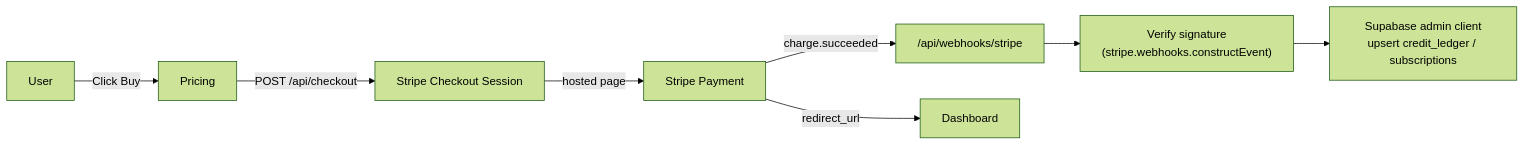
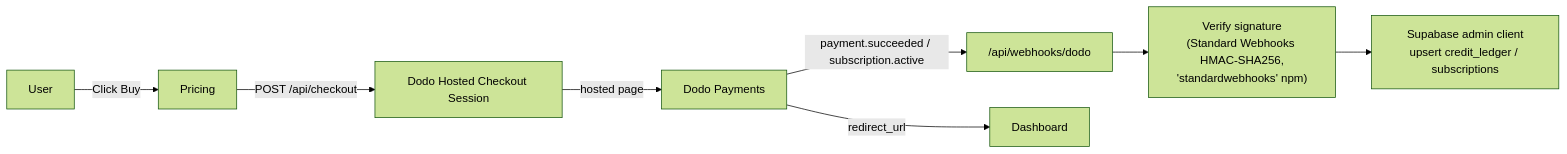
Before and after one commit to khs990704/bidvett: the third of 4 diagrams in spec/02_architecture_preview.md, drawn with Mermaid (forest theme). The commit also changed other lines of this file and 42 other files, not shown here.

````diff
--- a/spec/02_architecture_preview.md
+++ b/spec/02_architecture_preview.md
@@ -274,10 +276,10 @@
 ```mermaid
 graph LR
   U[User] -->|Click Buy| Pricing
-  Pricing -->|POST /api/checkout| Checkout["Stripe Checkout Session"]
-  Checkout -->|hosted page| StripePay[Stripe Payment]
-  StripePay -->|charge.succeeded| Webhook["/api/webhooks/stripe"]
-  Webhook --> Verify["Verify signature<br/>(stripe.webhooks.constructEvent)"]
+  Pricing -->|POST /api/checkout| Checkout["Dodo Hosted Checkout Session"]
+  Checkout -->|hosted page| DodoPay[Dodo Payments]
+  DodoPay -->|payment.succeeded / subscription.active| Webhook["/api/webhooks/dodo"]
+  Webhook --> Verify["Verify signature<br/>(Standard Webhooks HMAC-SHA256,<br/>'standardwebhooks' npm)"]
   Verify --> Sync["Supabase admin client<br/>upsert credit_ledger / subscriptions"]
-  StripePay -->|redirect_url| Dashboard
+  DodoPay -->|redirect_url| Dashboard
 ```
````
